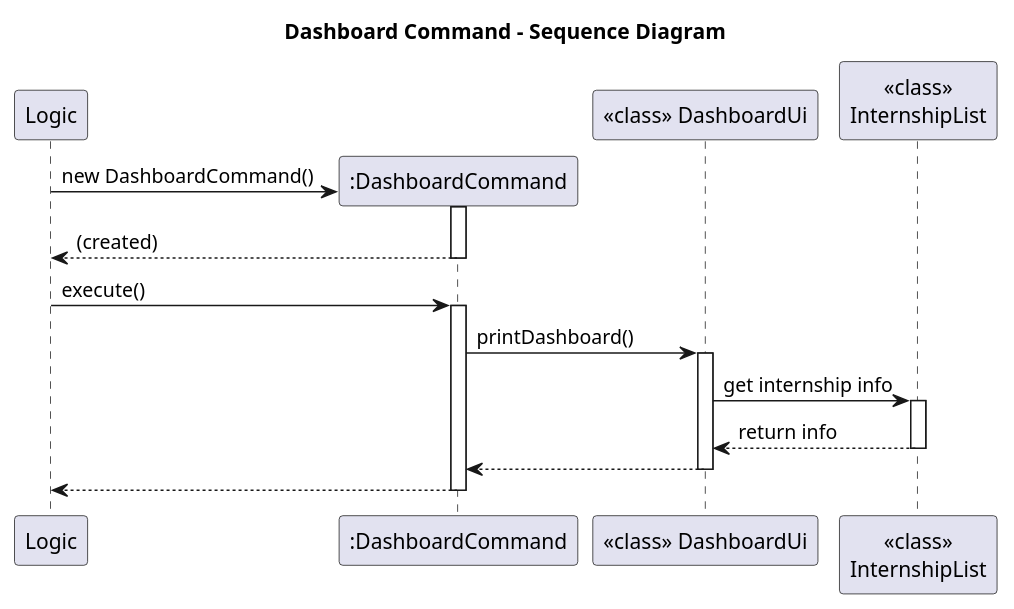
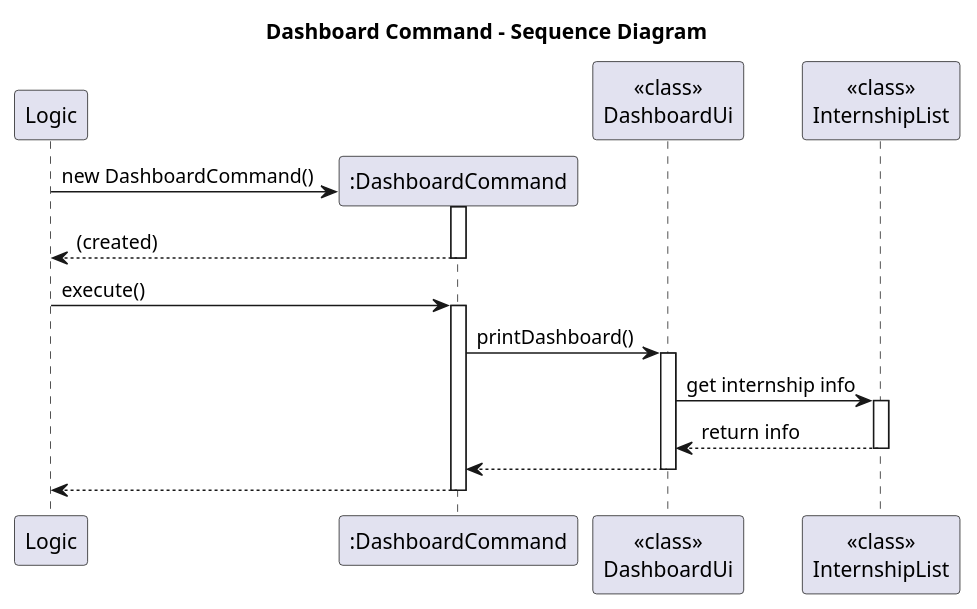
The diagram in docs/diagrams/DashboardCommandSD.puml (BenyAlbatross/tp), drawn with PlantUML before and after one commit. The commit also changed 1 other file, not shown here.

Commit message:
Update DashboardCommand UML

```diff
--- a/docs/diagrams/DashboardCommandSD.puml
+++ b/docs/diagrams/DashboardCommandSD.puml
@@ -1,29 +1,29 @@
 @startuml
 title Dashboard Command - Sequence Diagram
 
 participant Logic
 create ":DashboardCommand" as DC
-participant "<<class>> DashboardUi" as DUi
+participant "<<class>>\nDashboardUi" as DUi
 participant "<<class>>\nInternshipList" as IL
 
 Logic -> DC** : new DashboardCommand()
 activate DC
 return (created)
 
 Logic -> DC : execute()
 activate DC
 
 DC -> DUi : printDashboard()
 activate DUi
 
 DUi -> IL : get internship info
 activate IL
 IL --> DUi : return info
 deactivate IL
 
 DUi --> DC
 deactivate DUi
 
 DC --> Logic
 deactivate DC
 @enduml
```
